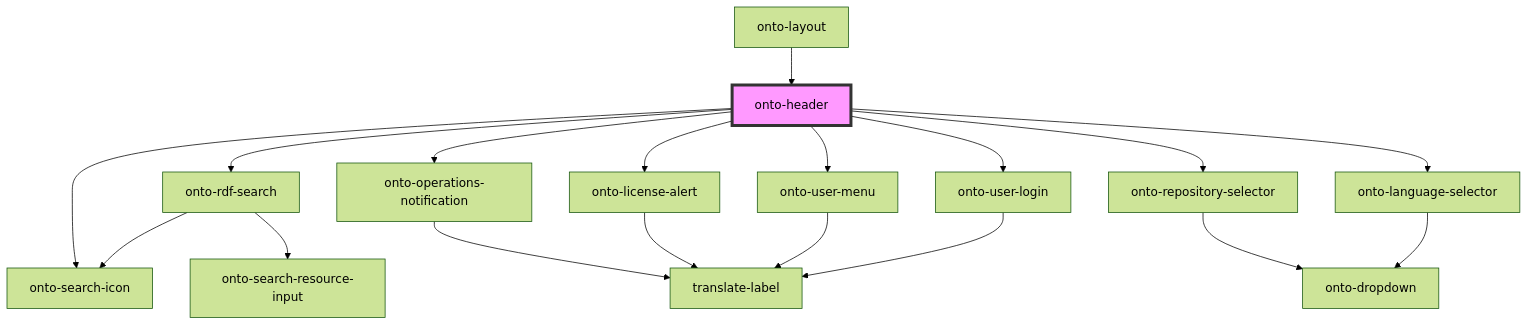
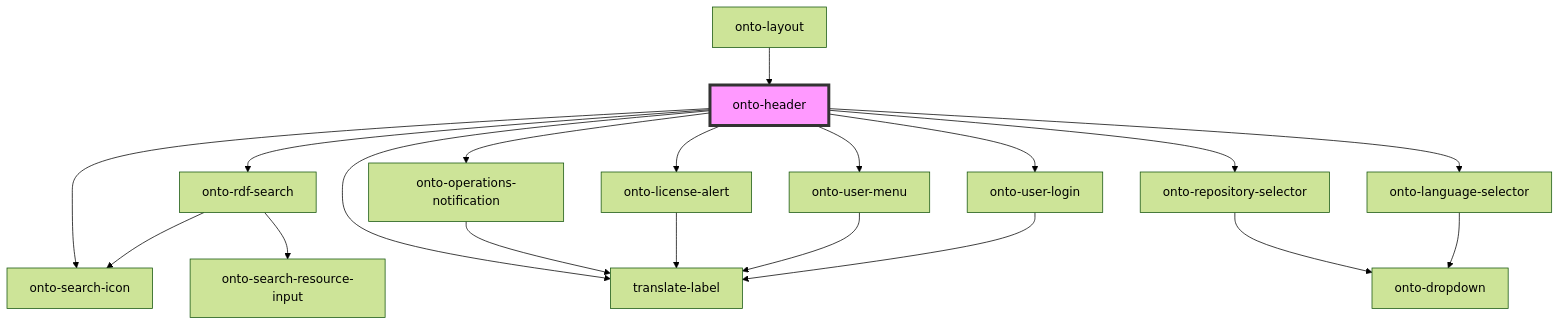
One commit to Ontotext-AD/graphdb-workbench changed the diagram in packages/shared-components/src/components/onto-header/readme.md. Above: the diagram before and after it, drawn with Mermaid (forest theme). The commit also changed other lines of this file and 34 other files, not shown here.

````diff
--- a/packages/shared-components/src/components/onto-header/readme.md
+++ b/packages/shared-components/src/components/onto-header/readme.md
@@ -32,21 +33,22 @@
 ```mermaid
 graph TD;
   onto-header --> onto-search-icon
   onto-header --> onto-rdf-search
   onto-header --> onto-operations-notification
   onto-header --> onto-license-alert
   onto-header --> onto-repository-selector
   onto-header --> onto-language-selector
   onto-header --> onto-user-menu
   onto-header --> onto-user-login
+  onto-header --> translate-label
   onto-rdf-search --> onto-search-resource-input
   onto-rdf-search --> onto-search-icon
   onto-operations-notification --> translate-label
   onto-license-alert --> translate-label
   onto-repository-selector --> onto-dropdown
   onto-language-selector --> onto-dropdown
   onto-user-menu --> translate-label
   onto-user-login --> translate-label
   onto-layout --> onto-header
   style onto-header fill:#f9f,stroke:#333,stroke-width:4px
 ```
````
